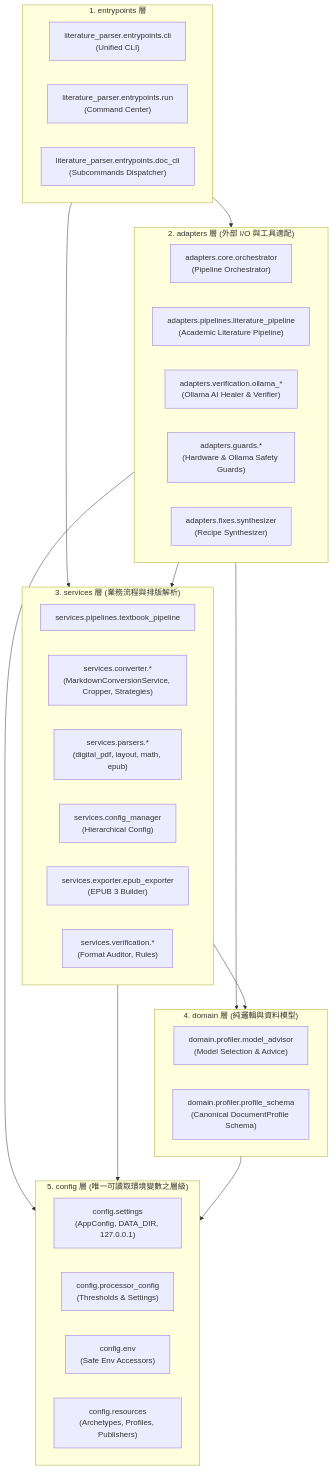
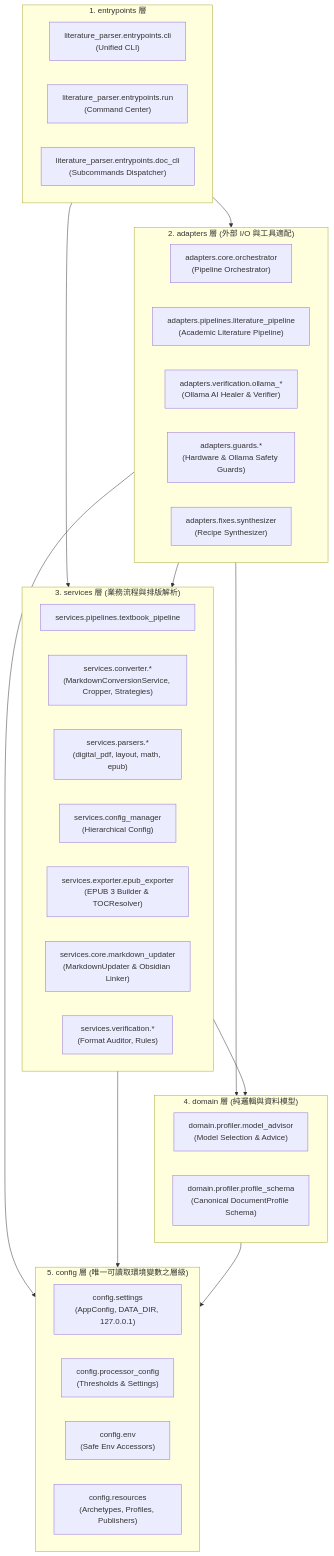
The first of 7 diagrams in docs/architecture/ARCHITECTURE.md (chinkunlim/literature-parser), drawn with Mermaid before and after one commit. The commit also changed other lines of this file and 11 other files, not shown here.

````diff
--- a/docs/architecture/ARCHITECTURE.md
+++ b/docs/architecture/ARCHITECTURE.md
@@ -10,46 +10,47 @@
 ```mermaid
 flowchart TD
     subgraph Entrypoints ["1. entrypoints 層"]
         CLI["literature_parser.entrypoints.cli<br>(Unified CLI)"]
         RunCmd["literature_parser.entrypoints.run<br>(Command Center)"]
         DocCLI["literature_parser.entrypoints.doc_cli<br>(Subcommands Dispatcher)"]
     end
 
     subgraph Adapters ["2. adapters 層 (外部 I/O 與工具適配)"]
         Orchestrator["adapters.core.orchestrator<br>(Pipeline Orchestrator)"]
         LitPipe["adapters.pipelines.literature_pipeline<br>(Academic Literature Pipeline)"]
         OllamaAdp["adapters.verification.ollama_*<br>(Ollama AI Healer & Verifier)"]
         GuardsAdp["adapters.guards.*<br>(Hardware & Ollama Safety Guards)"]
         FixSynth["adapters.fixes.synthesizer<br>(Recipe Synthesizer)"]
     end
 
     subgraph Services ["3. services 層 (業務流程與排版解析)"]
         TextbookPipe["services.pipelines.textbook_pipeline"]
         Converter["services.converter.*<br>(MarkdownConversionService, Cropper, Strategies)"]
         Parsers["services.parsers.*<br>(digital_pdf, layout, math, epub)"]
         CfgMgr["services.config_manager<br>(Hierarchical Config)"]
-        Exporter["services.exporter.epub_exporter<br>(EPUB 3 Builder)"]
+        Exporter["services.exporter.epub_exporter<br>(EPUB 3 Builder & TOCResolver)"]
+        MdUpdater["services.core.markdown_updater<br>(MarkdownUpdater & Obsidian Linker)"]
         VerifyService["services.verification.*<br>(Format Auditor, Rules)"]
     end
 
     subgraph Domain ["4. domain 層 (純邏輯與資料模型)"]
         Advisor["domain.profiler.model_advisor<br>(Model Selection & Advice)"]
         ProfileSchema["domain.profiler.profile_schema<br>(Canonical DocumentProfile Schema)"]
     end
 
     subgraph Config ["5. config 層 (唯一可讀取環境變數之層級)"]
         Settings["config.settings<br>(AppConfig, DATA_DIR, 127.0.0.1)"]
         ProcConfig["config.processor_config<br>(Thresholds & Settings)"]
         Env["config.env<br>(Safe Env Accessors)"]
         Resources["config.resources<br>(Archetypes, Profiles, Publishers)"]
     end
 
     Entrypoints --> Adapters
     Entrypoints --> Services
     Adapters --> Services
     Adapters --> Domain
     Adapters --> Config
     Services --> Domain
     Services --> Config
     Domain --> Config
 ```
````
